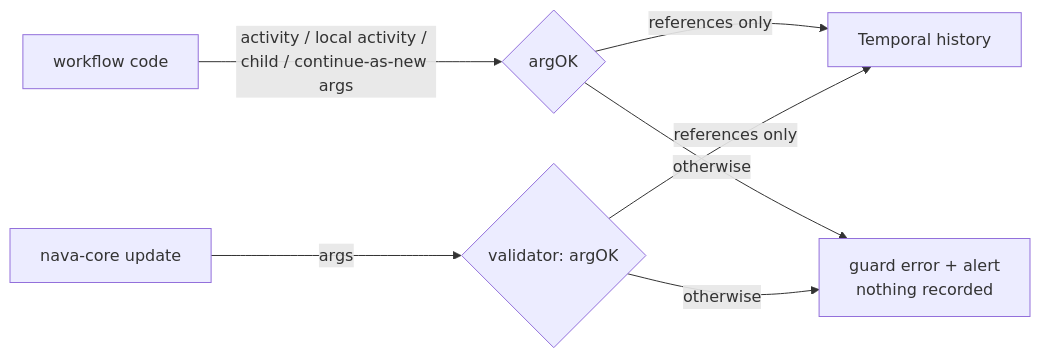
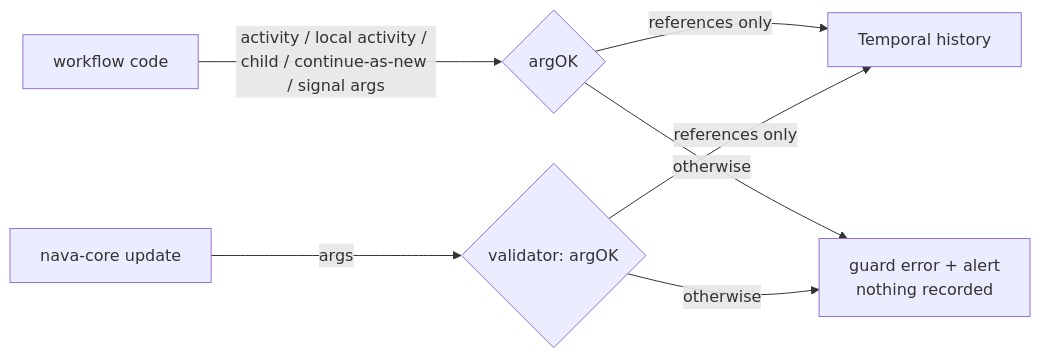
One commit to Navaladi2019/TicketingSystem changed the third of 3 diagrams in docs/architecture/worker-guards.md. Above: the diagram before and after it, drawn with Mermaid. The commit also changed other lines of this file and 13 other files, not shown here.

First line of the commit message:
TICK-245: workerguard checks signal-external, signal-child and memo; one data converter (CI-7)

````diff
--- a/docs/architecture/worker-guards.md
+++ b/docs/architecture/worker-guards.md
@@ -124,9 +125,9 @@
 ```mermaid
 flowchart LR
-  W[workflow code] -- "activity / local activity / child / continue-as-new args" --> G{argOK}
+  W[workflow code] -- "activity / local activity / child / continue-as-new / signal args" --> G{argOK}
   C[nava-core update] -- args --> V{validator: argOK}
   G -- references only --> S[Temporal history]
   V -- references only --> S
   G -- otherwise --> F[guard error + alert<br/>nothing recorded]
   V -- otherwise --> F
 ```
````
